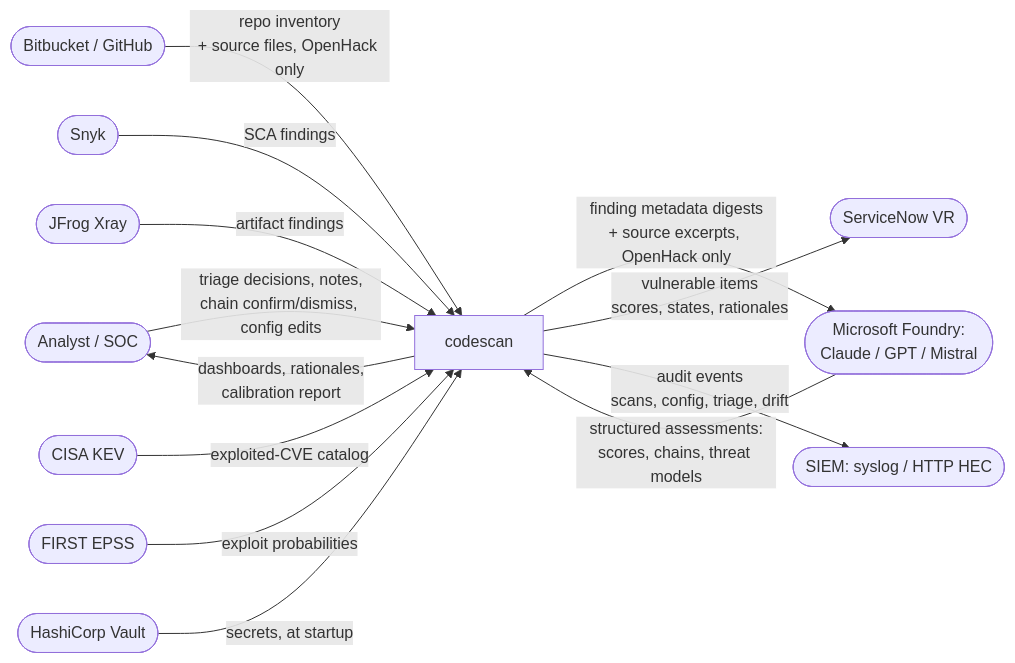
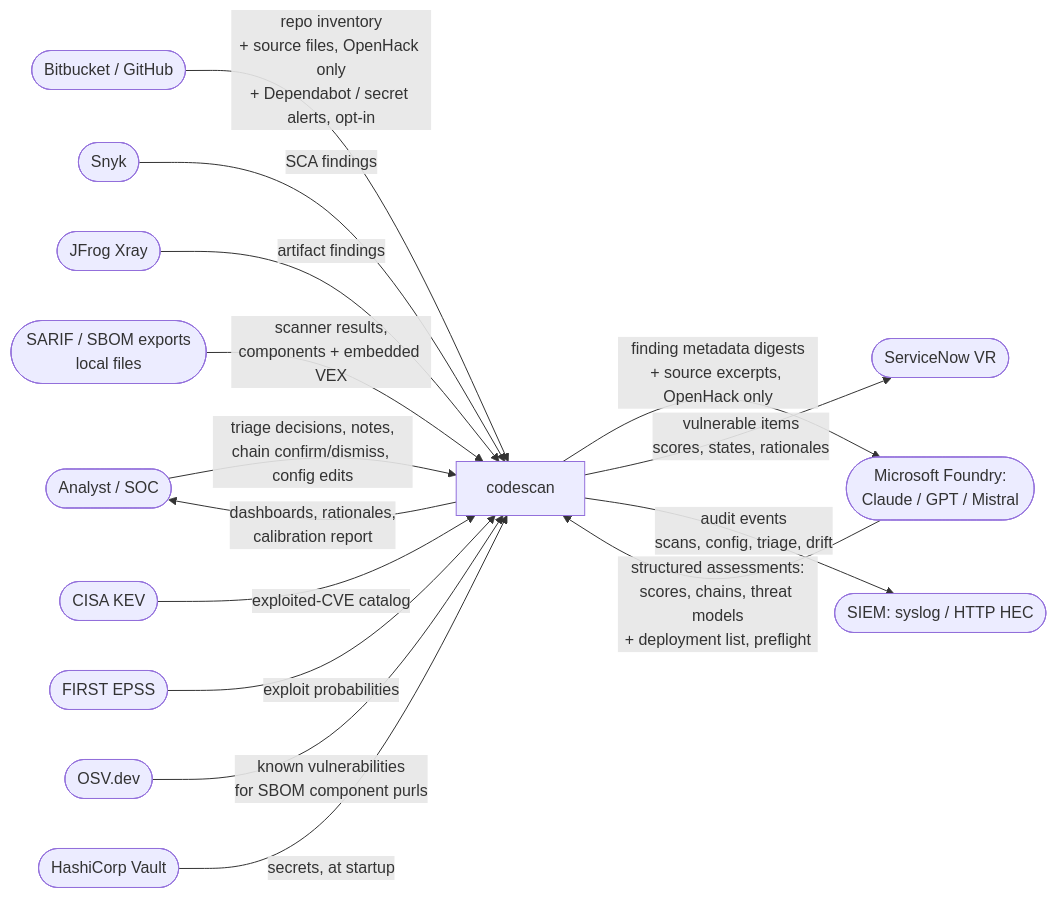
Before and after one commit to mfmiguez-oss/codescan: the first of 3 diagrams in docs/DATAFLOW.md, drawn with Mermaid. The commit also changed other lines of this file and 31 other files, not shown here.

````diff
--- a/docs/DATAFLOW.md
+++ b/docs/DATAFLOW.md
@@ -16,18 +16,20 @@
 ```mermaid
 flowchart LR
   AN(["Analyst / SOC"]) -->|"triage decisions, notes,<br/>chain confirm/dismiss, config edits"| CS
   CS -->|"dashboards, rationales,<br/>calibration report"| AN
 
-  SCM(["Bitbucket / GitHub"]) -->|"repo inventory<br/>+ source files, OpenHack only"| CS["codescan"]
+  SCM(["Bitbucket / GitHub"]) -->|"repo inventory<br/>+ source files, OpenHack only<br/>+ Dependabot / secret alerts, opt-in"| CS["codescan"]
   SNYK(["Snyk"]) -->|"SCA findings"| CS
   XRAY(["JFrog Xray"]) -->|"artifact findings"| CS
+  FILES(["SARIF / SBOM exports<br/>local files"]) -->|"scanner results,<br/>components + embedded VEX"| CS
   KEV(["CISA KEV"]) -->|"exploited-CVE catalog"| CS
   EPSS(["FIRST EPSS"]) -->|"exploit probabilities"| CS
+  OSV(["OSV.dev"]) -->|"known vulnerabilities<br/>for SBOM component purls"| CS
 
   CS -->|"finding metadata digests<br/>+ source excerpts, OpenHack only"| AI(["Microsoft Foundry:<br/>Claude / GPT / Mistral"])
-  AI -->|"structured assessments:<br/>scores, chains, threat models"| CS
+  AI -->|"structured assessments:<br/>scores, chains, threat models<br/>+ deployment list, preflight"| CS
 
   VLT(["HashiCorp Vault"]) -->|"secrets, at startup"| CS
   CS -->|"vulnerable items<br/>scores, states, rationales"| SN(["ServiceNow VR"])
   CS -->|"audit events<br/>scans, config, triage, drift"| SIEM(["SIEM: syslog / HTTP HEC"])
 ```
````
